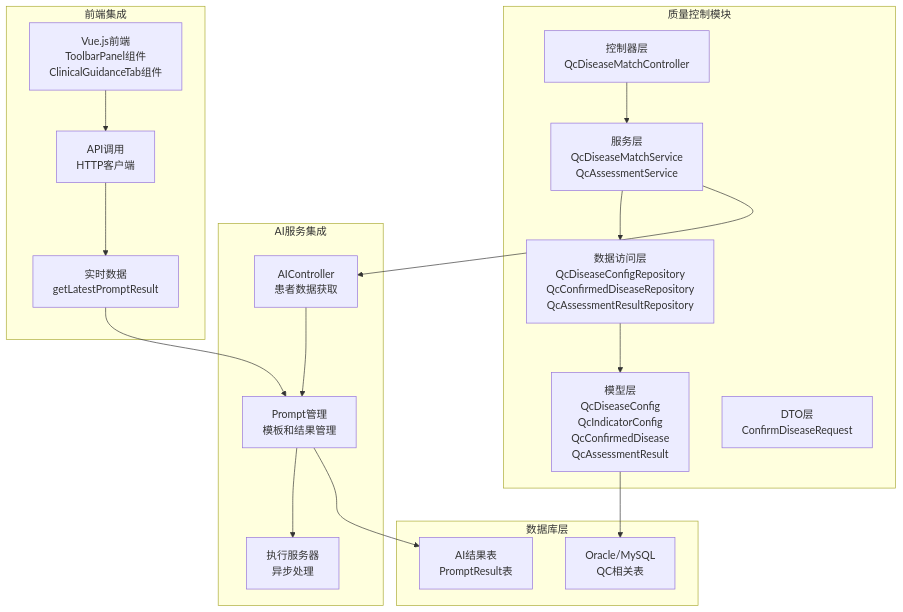
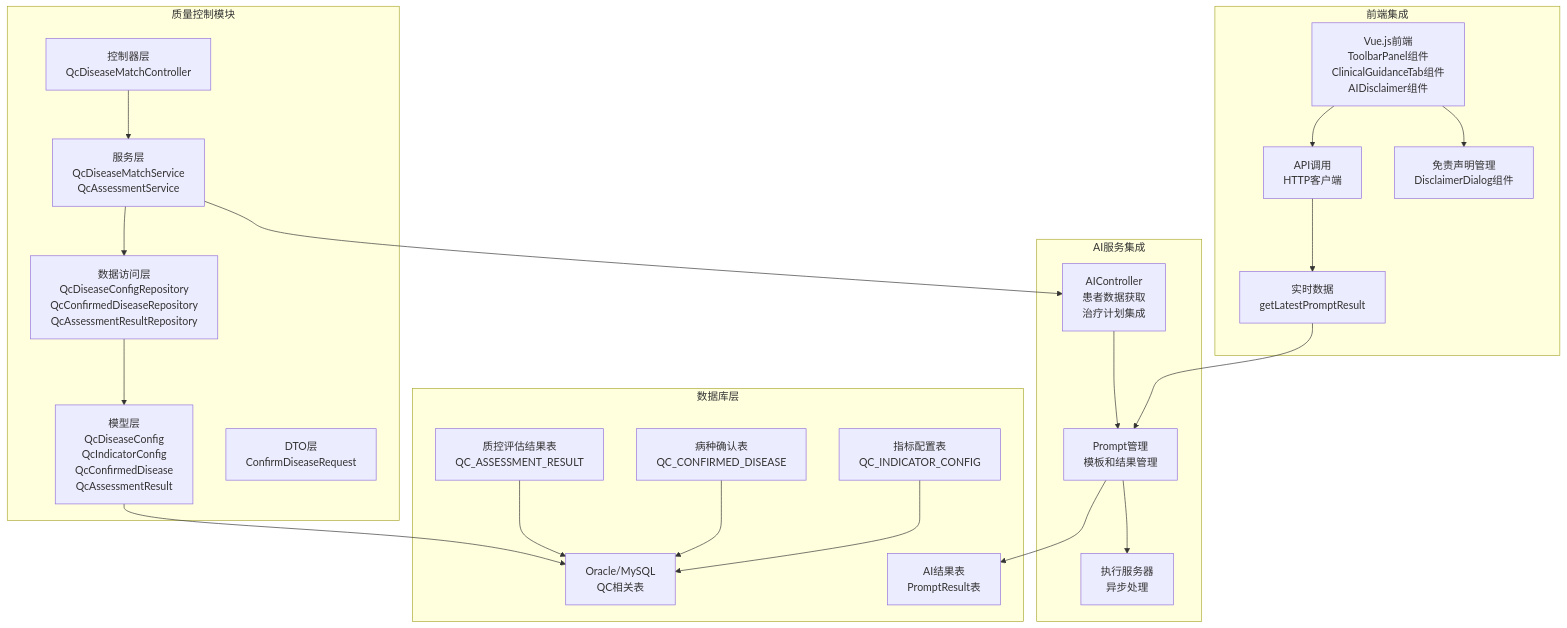
The first of 19 diagrams in .qoder/repowiki/zh/content/核心功能模块/质量控制系统.md (liuzh2008/med_ai_assistant_workspace), drawn with Mermaid before and after one commit. The commit also changed other lines of this file and 9 other files, not shown here.

````diff
--- a/.qoder/repowiki/zh/content/核心功能模块/质量控制系统.md
+++ b/.qoder/repowiki/zh/content/核心功能模块/质量控制系统.md
@@ -73,35 +77,43 @@
 ```mermaid
 graph TB
 subgraph "质量控制模块"
 A[控制器层<br/>QcDiseaseMatchController]
 B[服务层<br/>QcDiseaseMatchService<br/>QcAssessmentService]
 C[数据访问层<br/>QcDiseaseConfigRepository<br/>QcConfirmedDiseaseRepository<br/>QcAssessmentResultRepository]
 D[模型层<br/>QcDiseaseConfig<br/>QcIndicatorConfig<br/>QcConfirmedDisease<br/>QcAssessmentResult]
 E[DTO层<br/>ConfirmDiseaseRequest]
 end
 subgraph "AI服务集成"
-F[AIController<br/>患者数据获取]
+F[AIController<br/>患者数据获取<br/>治疗计划集成]
 G[Prompt管理<br/>模板和结果管理]
 H[执行服务器<br/>异步处理]
 end
 subgraph "前端集成"
-I[Vue.js前端<br/>ToolbarPanel组件<br/>ClinicalGuidanceTab组件]
+I[Vue.js前端<br/>ToolbarPanel组件<br/>ClinicalGuidanceTab组件<br/>AIDisclaimer组件]
 J[API调用<br/>HTTP客户端]
 K[实时数据<br/>getLatestPromptResult]
+L[免责声明管理<br/>DisclaimerDialog组件]
 end
 subgraph "数据库层"
-L[Oracle/MySQL<br/>QC相关表]
-M[AI结果表<br/>PromptResult表]
+M[Oracle/MySQL<br/>QC相关表]
+N[AI结果表<br/>PromptResult表]
+O[质控评估结果表<br/>QC_ASSESSMENT_RESULT]
+P[病种确认表<br/>QC_CONFIRMED_DISEASE]
+Q[指标配置表<br/>QC_INDICATOR_CONFIG]
 end
 A --> B
 B --> C
 C --> D
 B --> F
 F --> G
 G --> H
 I --> J
 J --> K
 K --> G
-D --> L
-G --> M
+D --> M
+G --> N
+O --> M
+P --> M
+Q --> M
+I --> L
 ```
````
